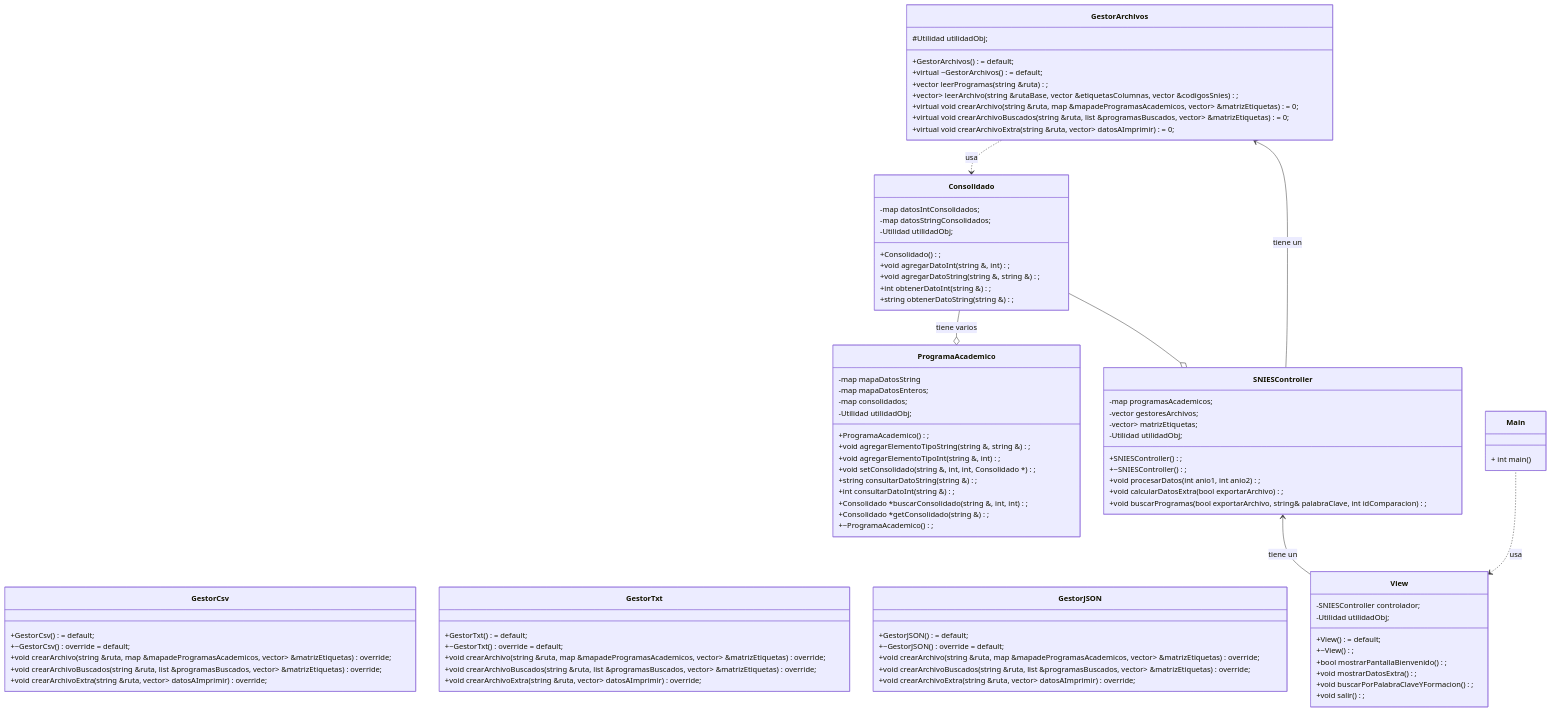
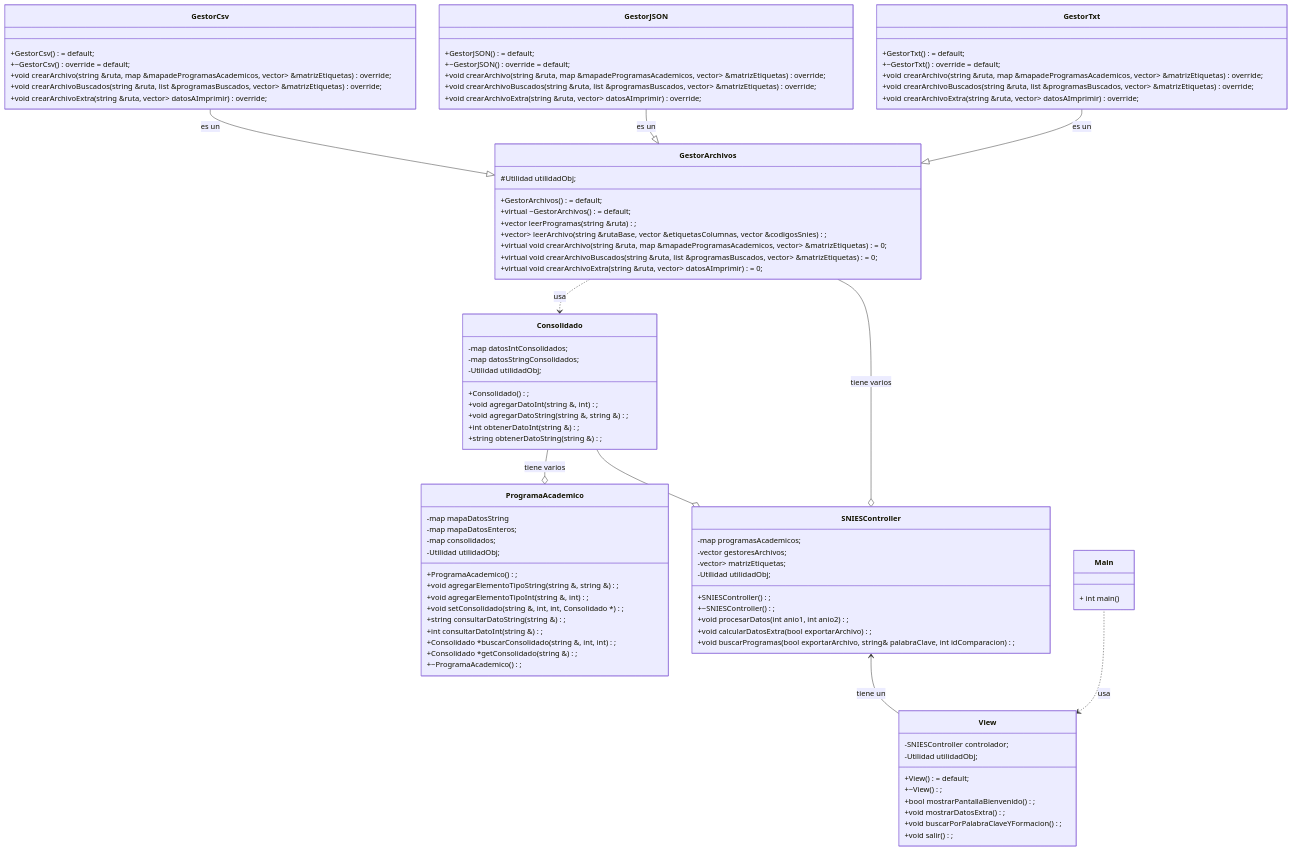
The diagram in README.md (300CIS017-Object-Oriented-Programming/proyecto-2-snies-extractor-sintax-error), drawn with Mermaid before and after one commit.

Commit message:
NEW: Diagrama Mermaid actualizado

````diff
--- a/README.md
+++ b/README.md
@@ -125,7 +125,10 @@
 ProgramaAcademico o-- Consolidado : tiene varios
 View <.. Main : usa
 View --> SNIESController : tiene un
-SNIESController --> GestorArchivos: tiene un
+SNIESController o-- GestorArchivos: tiene varios
 SNIESController o-- Consolidado
 Consolidado <.. GestorArchivos: usa
+GestorArchivos <|-- GestorTxt: es un
+GestorArchivos <|-- GestorJSON: es un
+GestorArchivos <|-- GestorCsv: es un
 ```
````
